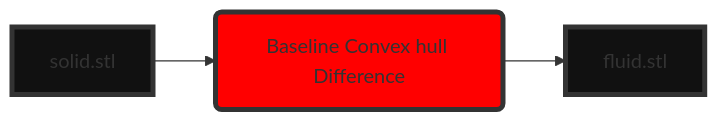
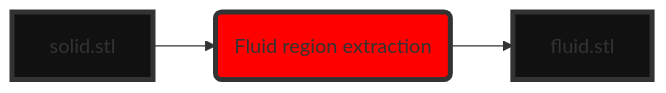
Before and after one commit to paragpathak2006/test_water: the second of 3 diagrams in README.md, drawn with Mermaid. The commit also changed other lines of this file, not shown here.

Commit message:
Updated README graphs to reflect fluid region extraction

````diff
--- a/README.md
+++ b/README.md
@@ -73,8 +73,8 @@
 ```mermaid
 graph LR;
-    S[solid.stl] --> A(Baseline Convex hull Difference)
+    S[solid.stl] --> A(Fluid region extraction)
     A --> F[fluid.stl];
     style S fill:#111111,stroke:#333,stroke-width:4px
     style F fill:#111111,stroke:#333,stroke-width:4px
     style A fill:red,stroke:#333,stroke-width:4px
 ```
````
